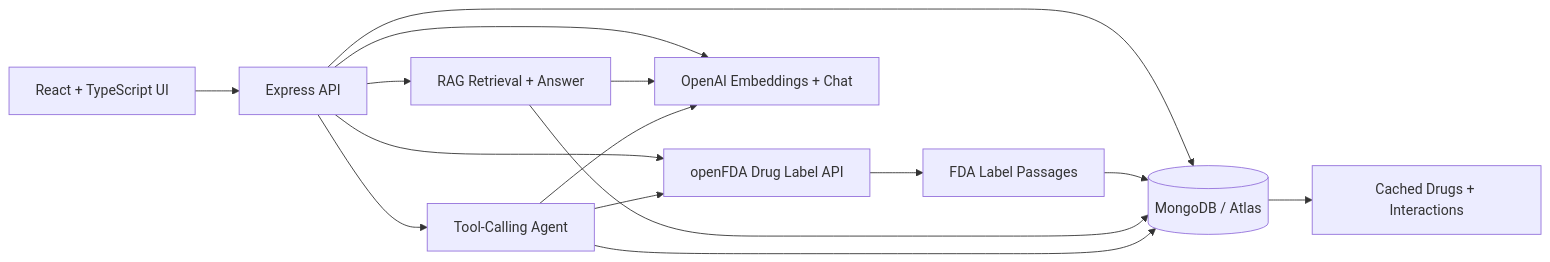
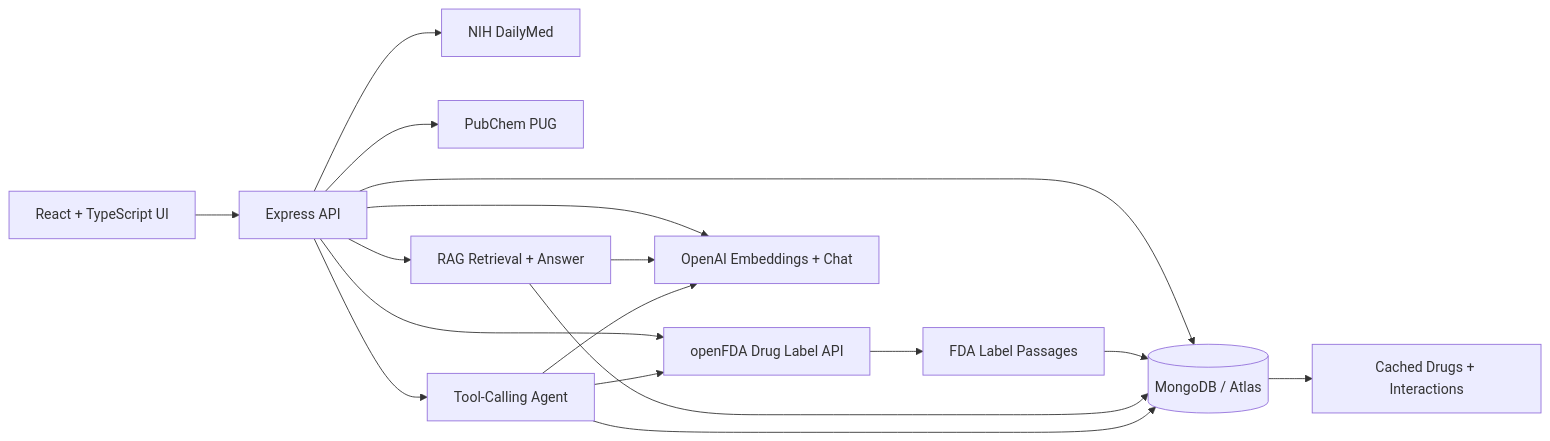
The diagram in README.md (tatianaiatskovskaiadev/Polypharmacy_Explorer), drawn with Mermaid before and after one commit. The commit also changed other lines of this file, not shown here.

Commit message:
Update README to document DailyMed and PubChem integration

````diff
--- a/README.md
+++ b/README.md
@@ -39,17 +41,19 @@
 ```mermaid
 flowchart LR
     UI[React + TypeScript UI] --> API[Express API]
     API --> Mongo[(MongoDB / Atlas)]
     API --> FDA[openFDA Drug Label API]
+    API --> DailyMed[NIH DailyMed]
+    API --> PubChem[PubChem PUG]
     API --> OpenAI[OpenAI Embeddings + Chat]
     Mongo --> Graph[Cached Drugs + Interactions]
     FDA --> Passages[FDA Label Passages]
     Passages --> Mongo
     API --> RAG[RAG Retrieval + Answer]
     RAG --> Mongo
     RAG --> OpenAI
     API --> Agent[Tool-Calling Agent]
     Agent --> Mongo
     Agent --> FDA
     Agent --> OpenAI
 ```
````
